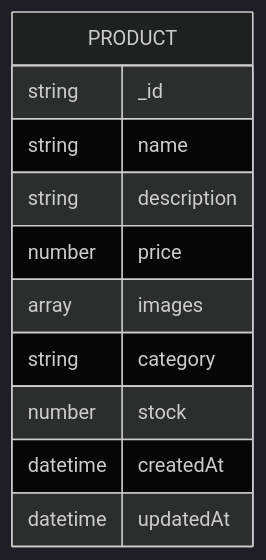
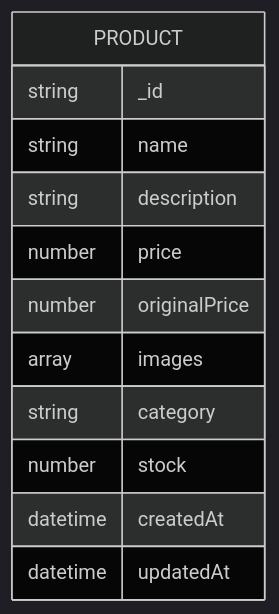
Before and after one commit to Pavan-PSPK9032/TrendsandToss: the third of 9 diagrams in .qoder/repowiki/en/content/Database Schemas & Models/Product Model.md, drawn with Mermaid (dark theme). The commit also changed other lines of this file and 24 other files, not shown here.

````diff
--- a/.qoder/repowiki/en/content/Database Schemas & Models/Product Model.md
+++ b/.qoder/repowiki/en/content/Database Schemas & Models/Product Model.md
@@ -153,14 +170,15 @@
 ```mermaid
 erDiagram
 PRODUCT {
 string _id
 string name
 string description
 number price
+number originalPrice
 array images
 string category
 number stock
 datetime createdAt
 datetime updatedAt
 }
 ```
````
